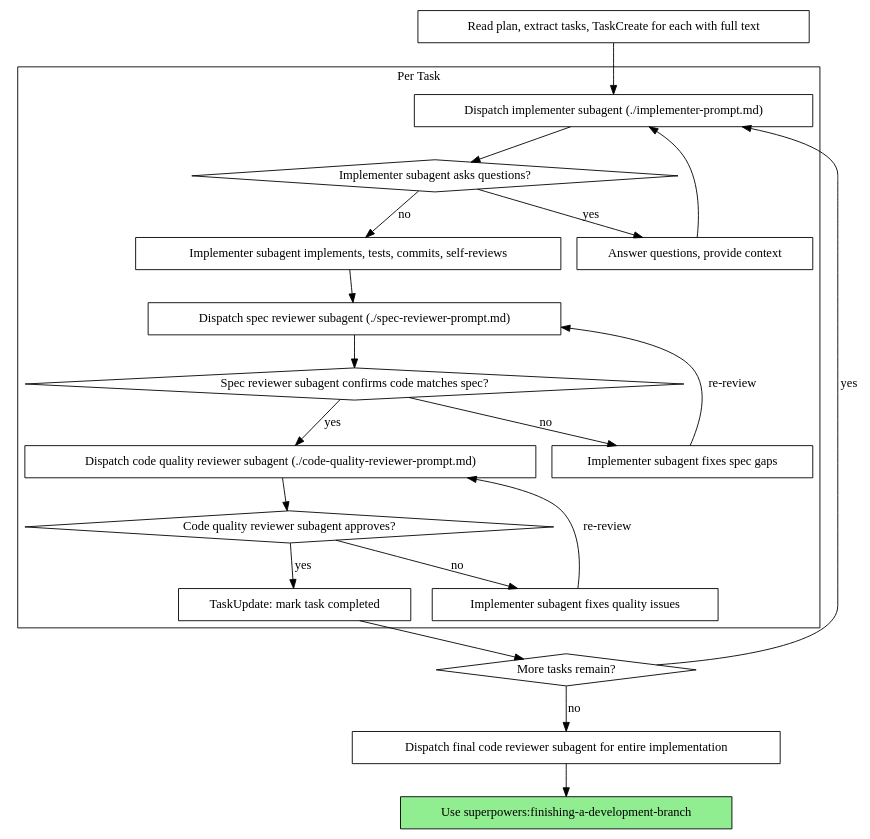
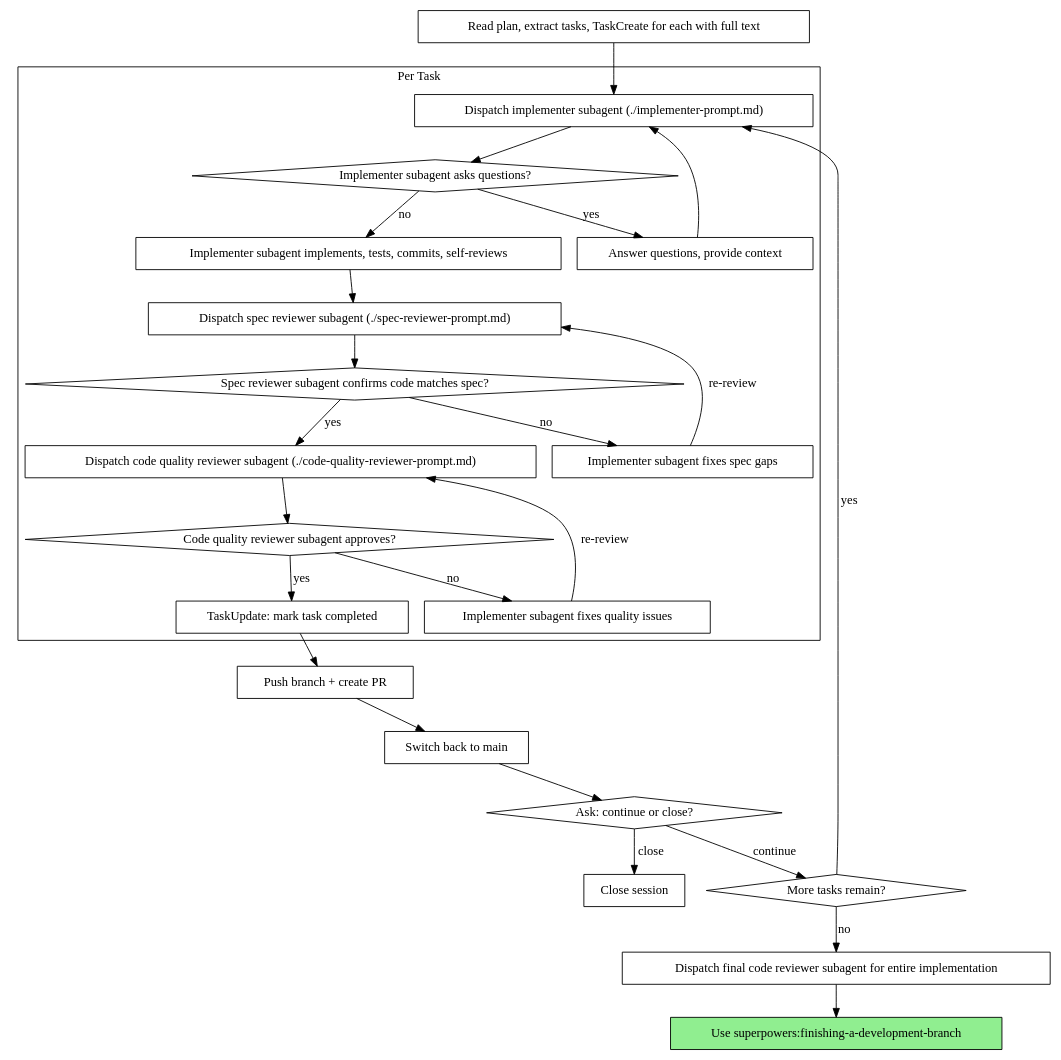
The second of 2 diagrams in plugins/superpowers/skills/subagent-driven-development/SKILL.md (oskar-dragon/claude-code), drawn with Graphviz before and after one commit. The commit also changed other lines of this file, not shown here.

Commit message:
feat(subagent-driven): one-task-at-a-time with branch-per-task and inline PR

````diff
--- a/plugins/superpowers/skills/subagent-driven-development/SKILL.md
+++ b/plugins/superpowers/skills/subagent-driven-development/SKILL.md
@@ -41,44 +41,52 @@
 ```dot
 digraph process {
     rankdir=TB;
 
     subgraph cluster_per_task {
         label="Per Task";
         "Dispatch implementer subagent (./implementer-prompt.md)" [shape=box];
         "Implementer subagent asks questions?" [shape=diamond];
         "Answer questions, provide context" [shape=box];
         "Implementer subagent implements, tests, commits, self-reviews" [shape=box];
         "Dispatch spec reviewer subagent (./spec-reviewer-prompt.md)" [shape=box];
         "Spec reviewer subagent confirms code matches spec?" [shape=diamond];
         "Implementer subagent fixes spec gaps" [shape=box];
         "Dispatch code quality reviewer subagent (./code-quality-reviewer-prompt.md)" [shape=box];
         "Code quality reviewer subagent approves?" [shape=diamond];
         "Implementer subagent fixes quality issues" [shape=box];
         "TaskUpdate: mark task completed" [shape=box];
     }
 
     "Read plan, extract tasks, TaskCreate for each with full text" [shape=box];
+    "Push branch + create PR" [shape=box];
+    "Switch back to main" [shape=box];
+    "Ask: continue or close?" [shape=diamond];
+    "Close session" [shape=box];
     "More tasks remain?" [shape=diamond];
     "Dispatch final code reviewer subagent for entire implementation" [shape=box];
     "Use superpowers:finishing-a-development-branch" [shape=box style=filled fillcolor=lightgreen];
 
     "Read plan, extract tasks, TaskCreate for each with full text" -> "Dispatch implementer subagent (./implementer-prompt.md)";
     "Dispatch implementer subagent (./implementer-prompt.md)" -> "Implementer subagent asks questions?";
     "Implementer subagent asks questions?" -> "Answer questions, provide context" [label="yes"];
     "Answer questions, provide context" -> "Dispatch implementer subagent (./implementer-prompt.md)";
     "Implementer subagent asks questions?" -> "Implementer subagent implements, tests, commits, self-reviews" [label="no"];
     "Implementer subagent implements, tests, commits, self-reviews" -> "Dispatch spec reviewer subagent (./spec-reviewer-prompt.md)";
     "Dispatch spec reviewer subagent (./spec-reviewer-prompt.md)" -> "Spec reviewer subagent confirms code matches spec?";
     "Spec reviewer subagent confirms code matches spec?" -> "Implementer subagent fixes spec gaps" [label="no"];
     "Implementer subagent fixes spec gaps" -> "Dispatch spec reviewer subagent (./spec-reviewer-prompt.md)" [label="re-review"];
     "Spec reviewer subagent confirms code matches spec?" -> "Dispatch code quality reviewer subagent (./code-quality-reviewer-prompt.md)" [label="yes"];
     "Dispatch code quality reviewer subagent (./code-quality-reviewer-prompt.md)" -> "Code quality reviewer subagent approves?";
     "Code quality reviewer subagent approves?" -> "Implementer subagent fixes quality issues" [label="no"];
     "Implementer subagent fixes quality issues" -> "Dispatch code quality reviewer subagent (./code-quality-reviewer-prompt.md)" [label="re-review"];
     "Code quality reviewer subagent approves?" -> "TaskUpdate: mark task completed" [label="yes"];
-    "TaskUpdate: mark task completed" -> "More tasks remain?";
+    "TaskUpdate: mark task completed" -> "Push branch + create PR";
+    "Push branch + create PR" -> "Switch back to main";
+    "Switch back to main" -> "Ask: continue or close?";
+    "Ask: continue or close?" -> "More tasks remain?" [label="continue"];
+    "Ask: continue or close?" -> "Close session" [label="close"];
     "More tasks remain?" -> "Dispatch implementer subagent (./implementer-prompt.md)" [label="yes"];
     "More tasks remain?" -> "Dispatch final code reviewer subagent for entire implementation" [label="no"];
     "Dispatch final code reviewer subagent for entire implementation" -> "Use superpowers:finishing-a-development-branch";
 }
 ```
````
